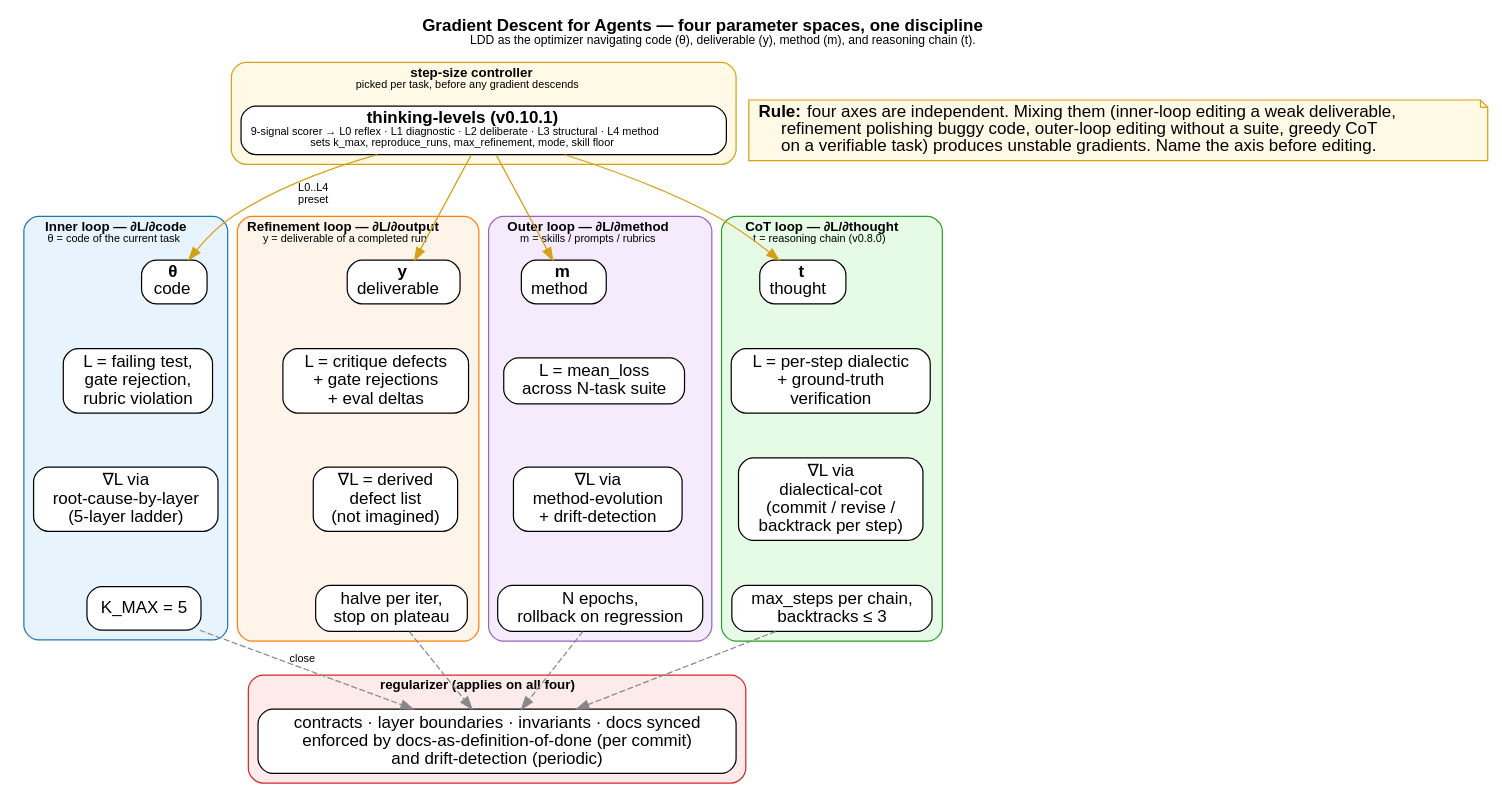
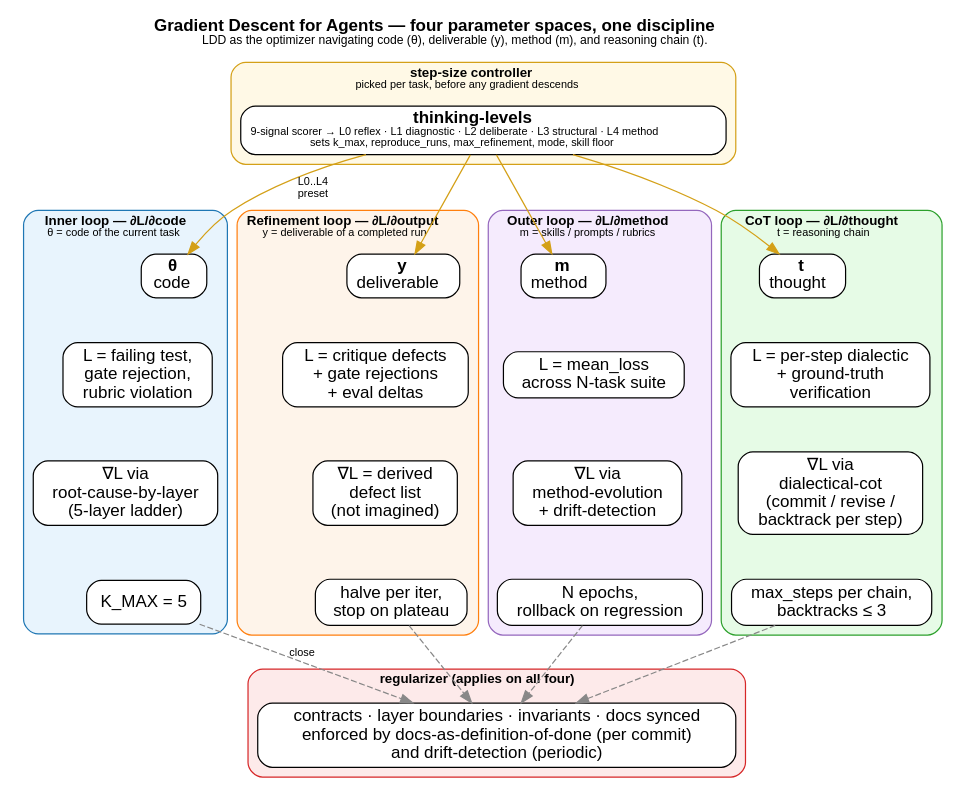
One commit to veegee82/loss-driven-development changed the diagram in diagrams/four-axes-gradient-descent.dot. Above: the diagram before and after it, drawn with Graphviz. The commit also changed 8 other files, not shown here.

```diff
--- a/diagrams/four-axes-gradient-descent.dot
+++ b/diagrams/four-axes-gradient-descent.dot
@@ -1,88 +1,82 @@
 digraph four_axes_gradient_descent {
   rankdir=TB;
   node [fontname="Helvetica", shape=box, style="rounded,filled"];
   edge [fontname="Helvetica", fontsize=10, color="#888888"];
   labelloc="t";
   label=<<b>Gradient Descent for Agents — four parameter spaces, one discipline</b><br/><font point-size="10">LDD as the optimizer navigating code (θ), deliverable (y), method (m), and reasoning chain (t).</font>>;
   fontname="Helvetica";
   fontsize=14;
 
   // Step-size controller sits above all four axes
   subgraph cluster_scheduler {
     label=<<b>step-size controller</b><br/><font point-size="9">picked per task, before any gradient descends</font>>;
     style="rounded,filled"; fillcolor="#fff9e6"; color="#d4a017"; fontsize=11;
     levels [
-      label=<<b>thinking-levels (v0.10.1)</b><br/><font point-size="9">9-signal scorer → L0 reflex · L1 diagnostic · L2 deliberate · L3 structural · L4 method<br/>sets k_max, reproduce_runs, max_refinement, mode, skill floor</font>>,
+      label=<<b>thinking-levels</b><br/><font point-size="9">9-signal scorer → L0 reflex · L1 diagnostic · L2 deliberate · L3 structural · L4 method<br/>sets k_max, reproduce_runs, max_refinement, mode, skill floor</font>>,
       fillcolor="#ffffff"
     ];
   }
 
   // The four axes
   subgraph cluster_inner {
     label=<<b>Inner loop — ∂L/∂code</b><br/><font point-size="9">θ = code of the current task</font>>;
     style="rounded,filled"; fillcolor="#e8f4fd"; color="#1f77b4"; fontsize=11;
     inner_param [label=<<b>θ</b><br/>code>, fillcolor="#ffffff"];
     inner_loss [label="L = failing test,\ngate rejection,\nrubric violation", fillcolor="#ffffff"];
     inner_grad [label="∇L via\nroot-cause-by-layer\n(5-layer ladder)", fillcolor="#ffffff"];
     inner_budget [label="K_MAX = 5", fillcolor="#ffffff"];
     inner_param -> inner_loss -> inner_grad -> inner_budget [style=invis];
   }
 
   subgraph cluster_refine {
     label=<<b>Refinement loop — ∂L/∂output</b><br/><font point-size="9">y = deliverable of a completed run</font>>;
     style="rounded,filled"; fillcolor="#fef4ea"; color="#ff7f0e"; fontsize=11;
     refine_param [label=<<b>y</b><br/>deliverable>, fillcolor="#ffffff"];
     refine_loss [label="L = critique defects\n+ gate rejections\n+ eval deltas", fillcolor="#ffffff"];
     refine_grad [label="∇L = derived\ndefect list\n(not imagined)", fillcolor="#ffffff"];
     refine_budget [label="halve per iter,\nstop on plateau", fillcolor="#ffffff"];
     refine_param -> refine_loss -> refine_grad -> refine_budget [style=invis];
   }
 
   subgraph cluster_outer {
     label=<<b>Outer loop — ∂L/∂method</b><br/><font point-size="9">m = skills / prompts / rubrics</font>>;
     style="rounded,filled"; fillcolor="#f5ebfd"; color="#9467bd"; fontsize=11;
     outer_param [label=<<b>m</b><br/>method>, fillcolor="#ffffff"];
     outer_loss [label="L = mean_loss\nacross N-task suite", fillcolor="#ffffff"];
     outer_grad [label="∇L via\nmethod-evolution\n+ drift-detection", fillcolor="#ffffff"];
     outer_budget [label="N epochs,\nrollback on regression", fillcolor="#ffffff"];
     outer_param -> outer_loss -> outer_grad -> outer_budget [style=invis];
   }
 
   subgraph cluster_cot {
-    label=<<b>CoT loop — ∂L/∂thought</b><br/><font point-size="9">t = reasoning chain (v0.8.0)</font>>;
+    label=<<b>CoT loop — ∂L/∂thought</b><br/><font point-size="9">t = reasoning chain</font>>;
     style="rounded,filled"; fillcolor="#e6fbe6"; color="#2ca02c"; fontsize=11;
     cot_param [label=<<b>t</b><br/>thought>, fillcolor="#ffffff"];
     cot_loss [label="L = per-step dialectic\n+ ground-truth\nverification", fillcolor="#ffffff"];
     cot_grad [label="∇L via\ndialectical-cot\n(commit / revise /\nbacktrack per step)", fillcolor="#ffffff"];
     cot_budget [label="max_steps per chain,\nbacktracks ≤ 3", fillcolor="#ffffff"];
     cot_param -> cot_loss -> cot_grad -> cot_budget [style=invis];
   }
 
   // Regularizer under all four
   subgraph cluster_regularizer {
     label=<<b>regularizer (applies on all four)</b>>;
     style="rounded,filled"; fillcolor="#fdeaea"; color="#d62728"; fontsize=11;
     reg [
       label="contracts · layer boundaries · invariants · docs synced\nenforced by docs-as-definition-of-done (per commit)\nand drift-detection (periodic)",
       fillcolor="#ffffff"
     ];
   }
 
   // Connect scheduler to all four axes
   levels -> inner_param [lhead=cluster_inner, label="L0..L4\npreset", fontsize=9, color="#d4a017"];
   levels -> refine_param [lhead=cluster_refine, fontsize=9, color="#d4a017"];
   levels -> outer_param [lhead=cluster_outer, fontsize=9, color="#d4a017"];
   levels -> cot_param [lhead=cluster_cot, fontsize=9, color="#d4a017"];
 
   // Connect each axis to regularizer
   inner_budget -> reg [ltail=cluster_inner, label="close", style=dashed, fontsize=9];
   refine_budget -> reg [ltail=cluster_refine, style=dashed, fontsize=9];
   outer_budget -> reg [ltail=cluster_outer, style=dashed, fontsize=9];
   cot_budget -> reg [ltail=cluster_cot, style=dashed, fontsize=9];
-
-  // Rule note
-  note [
-    label=<<b>Rule:</b> four axes are independent. Mixing them (inner-loop editing a weak deliverable,<br/>refinement polishing buggy code, outer-loop editing without a suite, greedy CoT<br/>on a verifiable task) produces unstable gradients. Name the axis before editing.>,
-    shape=note, fillcolor="#fff9e6", color="#d4a017"
-  ];
 }
```
